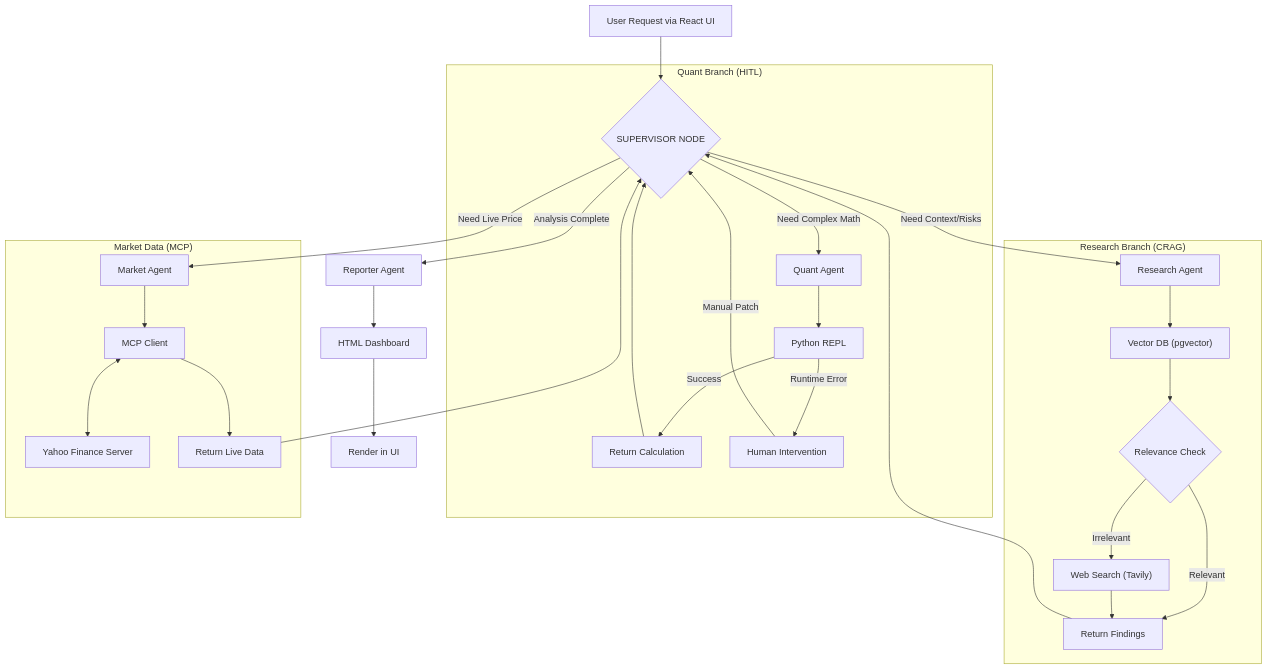
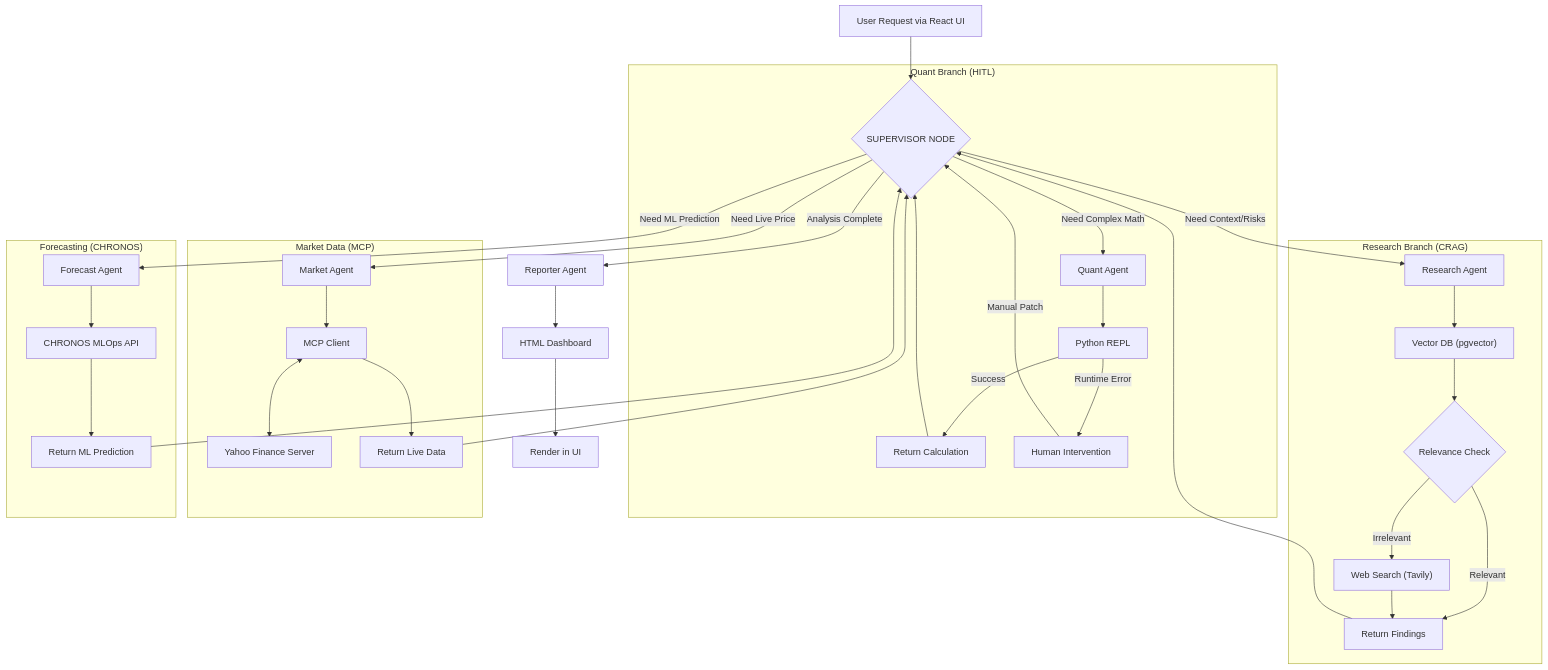
Before and after one commit to rauldgarcia/TITAN: the diagram in README.md, drawn with Mermaid. The commit also changed other lines of this file, not shown here.

Commit message:
docs: update architecture diagram and summary to feature CHRONOS integration

````diff
--- a/README.md
+++ b/README.md
@@ -30,42 +30,50 @@
 ```mermaid
     graph TD
     User[User Request via React UI] --> Supervisor{SUPERVISOR NODE}
 
     %% Delegation Paths
     Supervisor -- "Need Context/Risks" --> Research[Research Agent]
     Supervisor -- "Need Complex Math" --> Quant[Quant Agent]
     Supervisor -- "Need Live Price" --> Market[Market Agent]
+    Supervisor -- "Need ML Prediction" --> Forecast[Forecast Agent]
     Supervisor -- "Analysis Complete" --> Reporter[Reporter Agent]
 
     %% Research Sub-Graph
     subgraph "Research Branch (CRAG)"
         Research --> DB["Vector DB (pgvector)"]
         DB --> Grade{"Relevance Check"}
         Grade -- "Irrelevant" --> Web["Web Search (Tavily)"]
         Grade -- "Relevant" --> Return1[Return Findings]
         Web --> Return1
     end
 
     %% Quant Sub-Graph
     subgraph "Quant Branch (HITL)"
         Quant --> Code[Python REPL]
         Code -- "Success" --> Return2[Return Calculation]
         Code -- "Runtime Error" --> Pause[Human Intervention]
         Pause -- "Manual Patch" --> Supervisor
     end
 
     %% Market Sub-Graph
     subgraph "Market Data (MCP)"
         Market --> Client[MCP Client]
         Client <--> Server[Yahoo Finance Server]
         Client --> Return3[Return Live Data]
     end
 
+    %% Forecast Sub-Graph
+    subgraph "Forecasting (CHRONOS)"
+        Forecast --> API[CHRONOS MLOps API]
+        API --> Return4[Return ML Prediction]
+    end
+
     %% Feedback Loops
     Return1 --> Supervisor
     Return2 --> Supervisor
     Return3 --> Supervisor
+    Return4 --> Supervisor
 
     %% Output
     Reporter --> HTML[HTML Dashboard] --> ReactClient[Render in UI]
 ```
````
